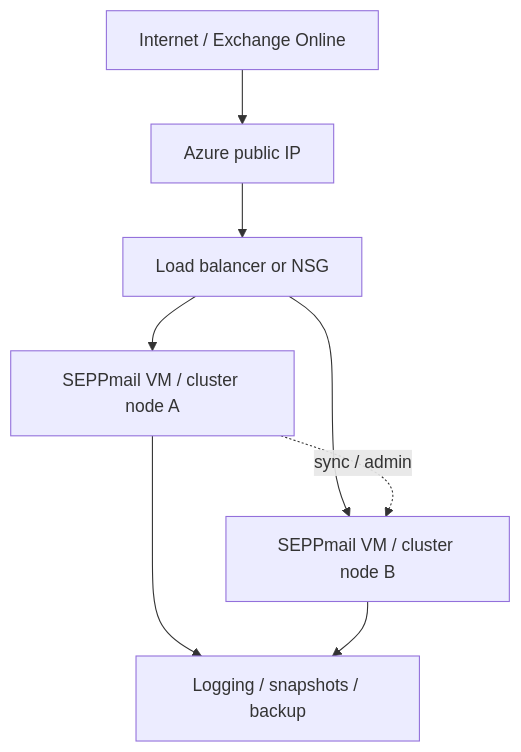
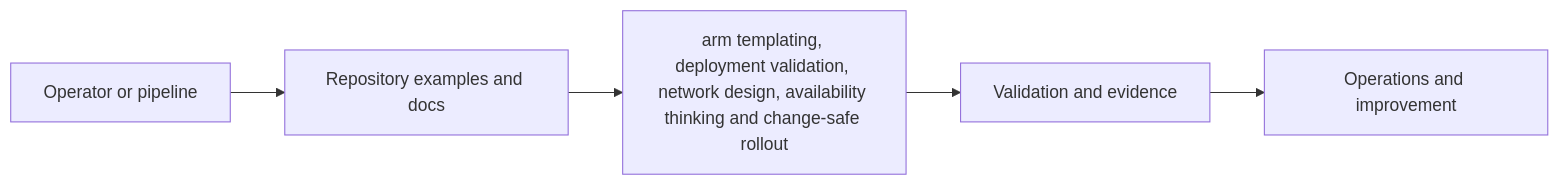
Before and after one commit to Synedat/Seppmail-IaC-azure-nlb-cluster: the diagram in README.md, drawn with Mermaid. The commit also changed other lines of this file and 4 other files, not shown here.

````diff
--- a/README.md
+++ b/README.md
@@ -30,10 +83,7 @@
 ```mermaid
-flowchart TB
-    A[Internet / Exchange Online] --> B[Azure public IP]
-    B --> C[Load balancer or NSG]
-    C --> D[SEPPmail VM / cluster node A]
-    C --> E[SEPPmail VM / cluster node B]
-    D -. sync / admin .-> E
-    D --> F[Logging / snapshots / backup]
-    E --> F
+flowchart LR
+    A[Operator or pipeline] --> B[Repository examples and docs]
+    B --> C[arm templating, deployment validation, network design, availability thinking and change-safe rollout]
+    C --> D[Validation and evidence]
+    D --> E[Operations and improvement]
 ```
````
